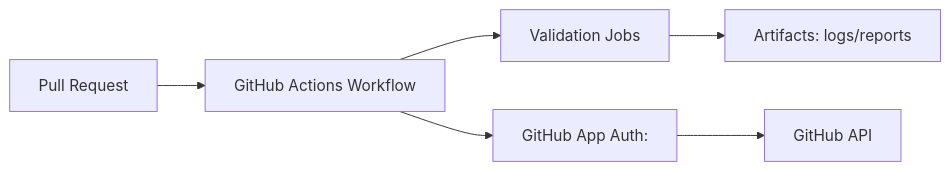
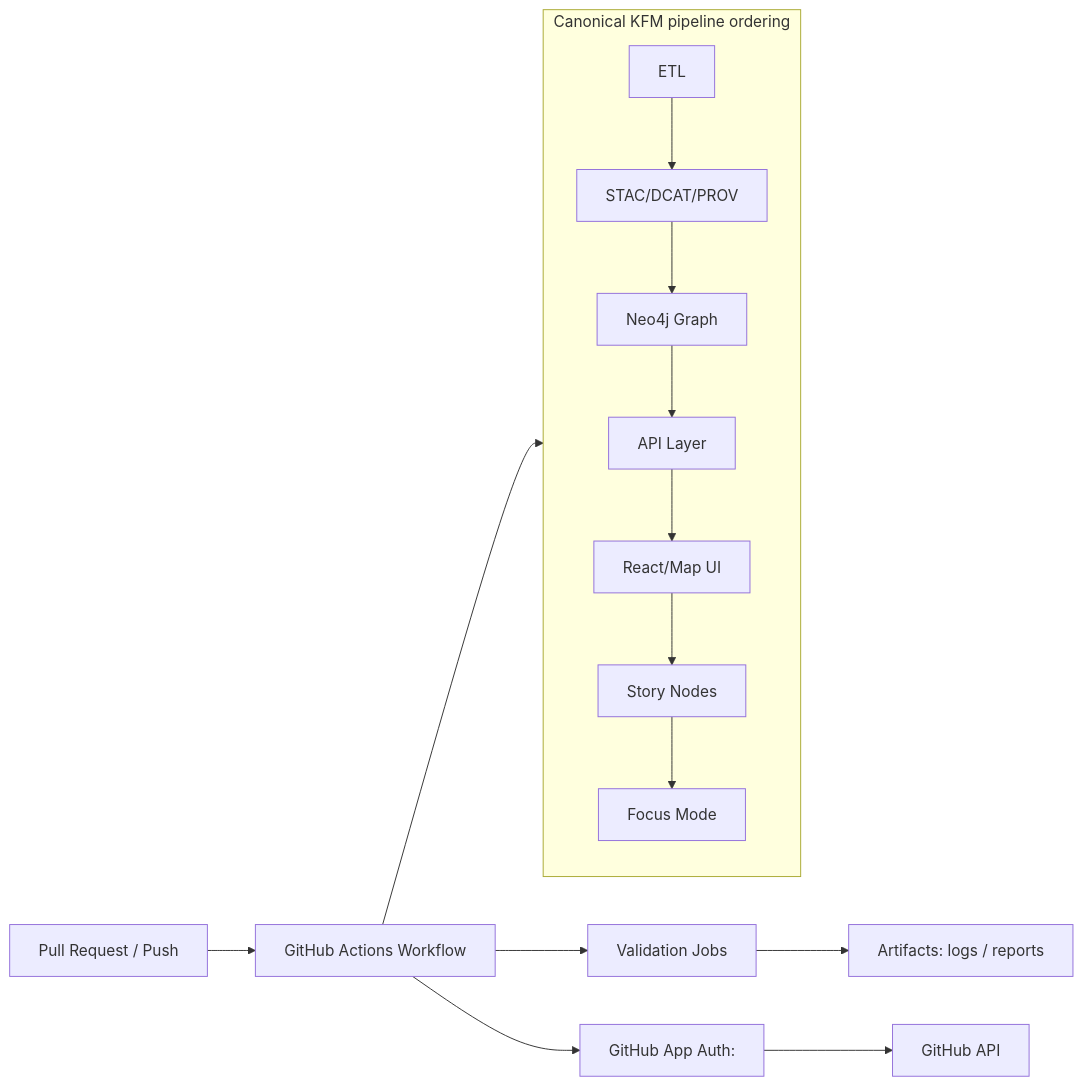
The first of 2 diagrams in .github/apps/<app_slug>/workflows.md (bartytime4life/Kansas-Frontier-Matrix), drawn with Mermaid before and after one commit. The commit also changed other lines of this file, not shown here.

First line of the commit message:
Update workflow mapping for <app_slug> to v1.0.1

```diff
--- a/.github/apps/<app_slug>/workflows.md
+++ b/.github/apps/<app_slug>/workflows.md
@@ -154,8 +193,20 @@
 ~~~mermaid
 flowchart LR
-  PR[Pull Request] --> WF[GitHub Actions Workflow]
+  PR[Pull Request / Push] --> WF[GitHub Actions Workflow]
+
   WF --> V[Validation Jobs]
-  WF --> APP[GitHub App Auth: <app_slug>]
-  APP --> GH[GitHub API]
-  V --> ART[Artifacts: logs/reports]
+  WF --> AUTH[GitHub App Auth: <app_slug>]
+  AUTH --> GH[GitHub API]
+
+  V --> ART[Artifacts: logs / reports]
+
+  WF --> KFM[Optional: KFM pipeline tasks]
+  subgraph KFM[Canonical KFM pipeline ordering]
+    ETL[ETL] --> CAT[STAC/DCAT/PROV]
+    CAT --> G[Neo4j Graph]
+    G --> API[API Layer]
+    API --> UI[React/Map UI]
+    UI --> SN[Story Nodes]
+    SN --> FM[Focus Mode]
+  end
 ~~~
```
